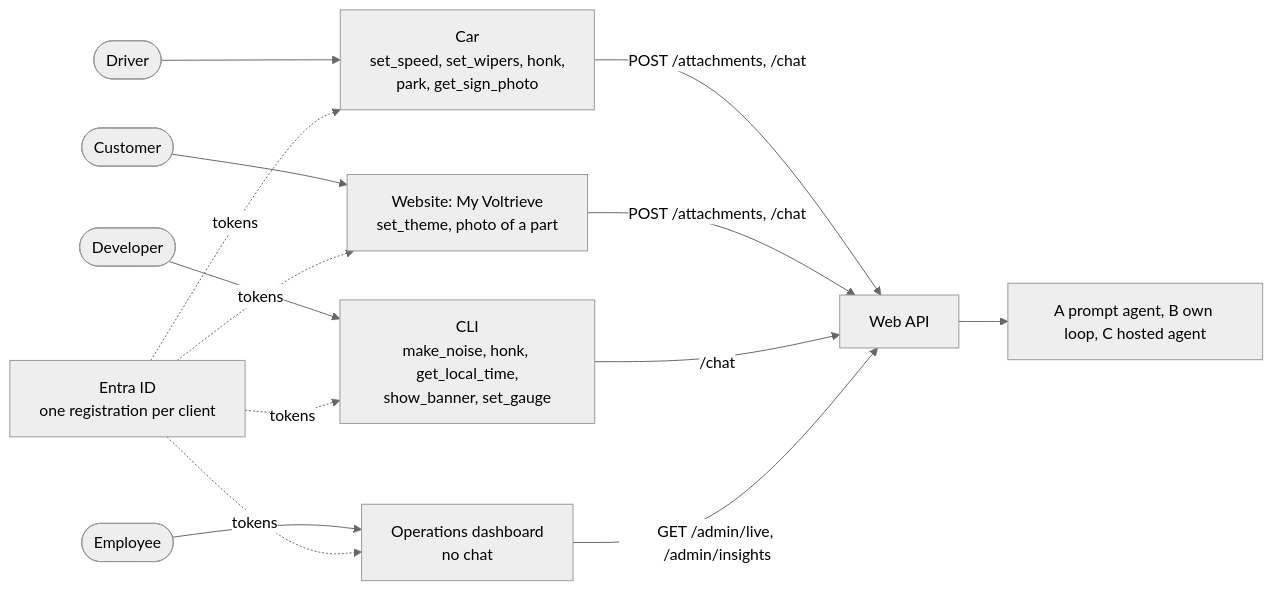
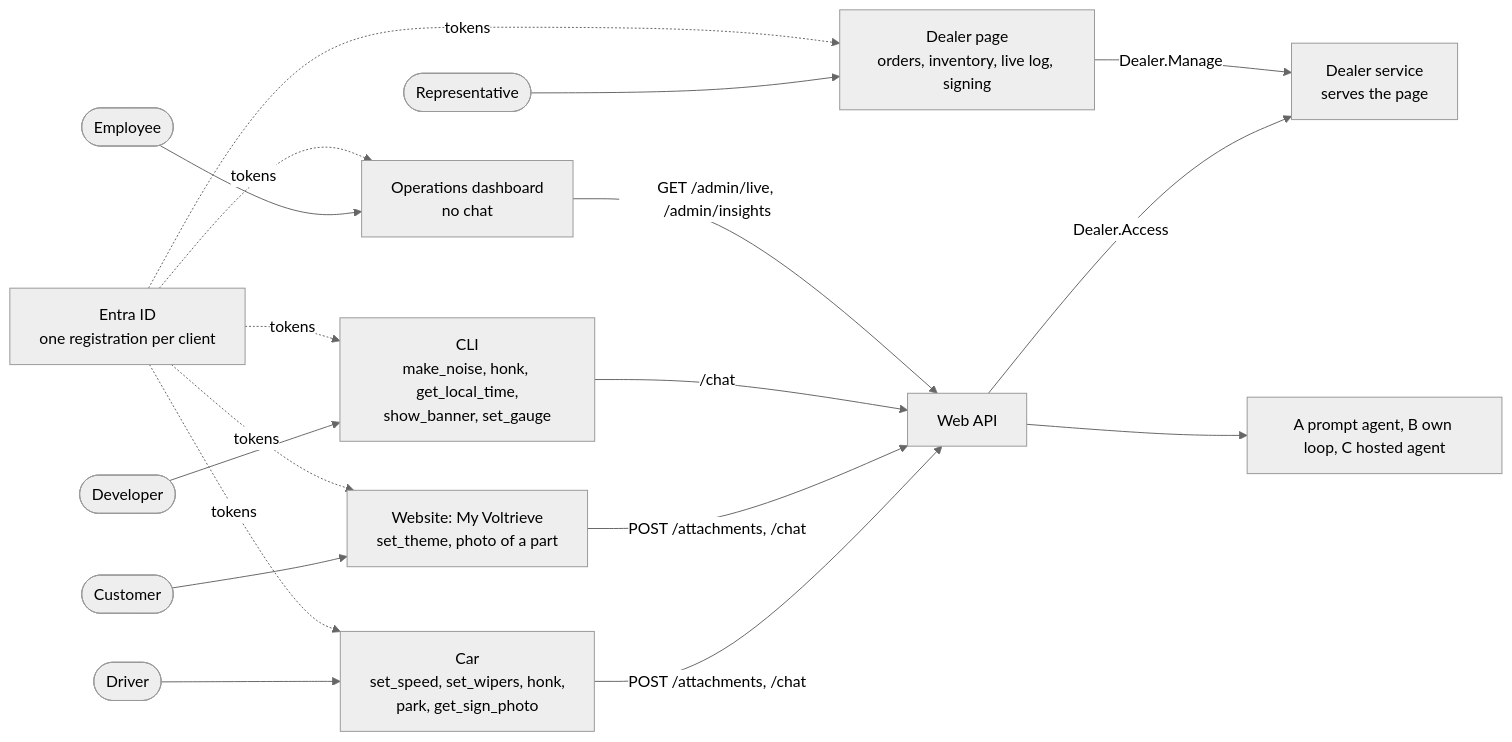
Before and after one commit to mklab-se/voltrieve: the diagram in docs/clients.md, drawn with Mermaid (neutral theme). The commit also changed other lines of this file and 9 other files, not shown here.

Commit message:
Document the dealer system and the orders

````diff
--- a/docs/clients.md
+++ b/docs/clients.md
@@ -12,16 +13,20 @@
 ```mermaid
 flowchart LR
     Driver(["Driver"]) --> Car["Car<br/>set_speed, set_wipers, honk,<br/>park, get_sign_photo"]
     Customer(["Customer"]) --> Web["Website: My Voltrieve<br/>set_theme, photo of a part"]
     Staff(["Employee"]) --> Dash["Operations dashboard<br/>no chat"]
     Dev(["Developer"]) --> CLI["CLI<br/>make_noise, honk, get_local_time,<br/>show_banner, set_gauge"]
+    Rep(["Representative"]) --> Page["Dealer page<br/>orders, inventory, live log, signing"]
     Car -->|"POST /attachments, /chat"| API
     Web -->|"POST /attachments, /chat"| API
     CLI -->|"/chat"| API
+    API -->|"Dealer.Access"| Dealer["Dealer service<br/>serves the page"]
+    Page -->|"Dealer.Manage"| Dealer
     Dash -->|"GET /admin/live, /admin/insights"| API
     Entra["Entra ID<br/>one registration per client"] -. tokens .-> Car
     Entra -. tokens .-> Web
     Entra -. tokens .-> Dash
     Entra -. tokens .-> CLI
+    Entra -. tokens .-> Page
     API["Web API"] --> Backends["A prompt agent, B own loop, C hosted agent"]
 ```
````
